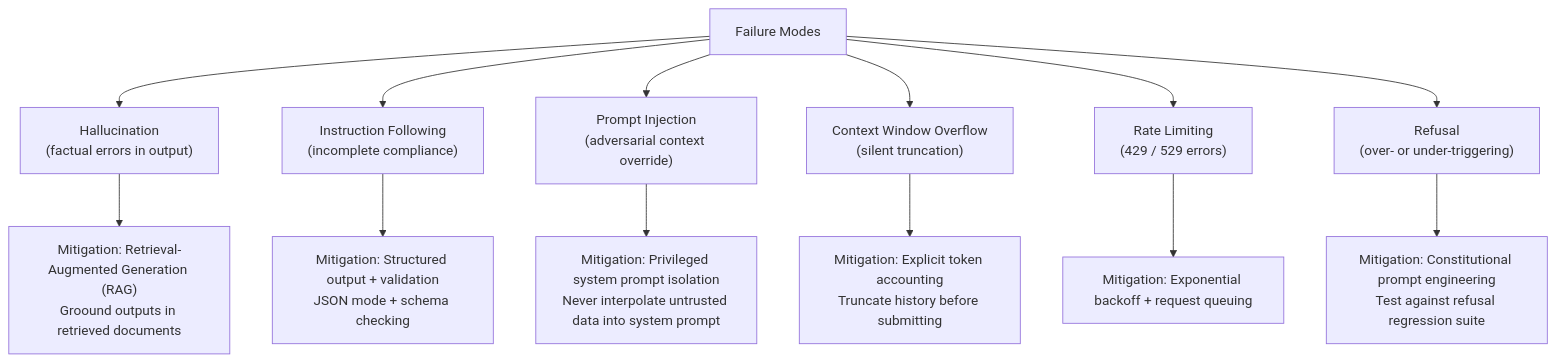
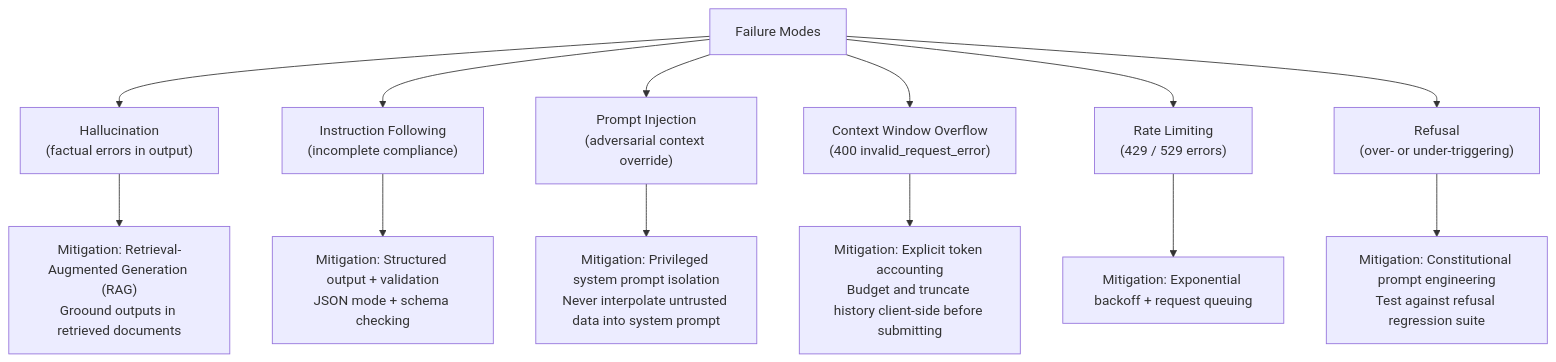
Before and after one commit to blebleblee/synapse: the fifth of 5 diagrams in topics/computing/ai/claude_and_anthropic_apis/lesson_01_ai_claude_overview.md, drawn with Mermaid. The commit also changed other lines of this file and 187 other files, not shown here.

````diff
--- a/topics/computing/ai/claude_and_anthropic_apis/lesson_01_ai_claude_overview.md
+++ b/topics/computing/ai/claude_and_anthropic_apis/lesson_01_ai_claude_overview.md
@@ -612,17 +612,17 @@
 ```mermaid
 graph TD
     FM["Failure Modes"]
     FM --> HF["Hallucination\n(factual errors in output)"]
     FM --> IC["Instruction Following\n(incomplete compliance)"]
     FM --> PR["Prompt Injection\n(adversarial context override)"]
-    FM --> CW["Context Window Overflow\n(silent truncation)"]
+    FM --> CW["Context Window Overflow\n(400 invalid_request_error)"]
     FM --> RL["Rate Limiting\n(429 / 529 errors)"]
     FM --> RF["Refusal\n(over- or under-triggering)"]
 
     HF --> H1["Mitigation: Retrieval-Augmented Generation (RAG)\nGroound outputs in retrieved documents"]
     IC --> I1["Mitigation: Structured output + validation\nJSON mode + schema checking"]
     PR --> P1["Mitigation: Privileged system prompt isolation\nNever interpolate untrusted data into system prompt"]
-    CW --> C1["Mitigation: Explicit token accounting\nTruncate history before submitting"]
+    CW --> C1["Mitigation: Explicit token accounting\nBudget and truncate history client-side before submitting"]
     RL --> R1["Mitigation: Exponential backoff + request queuing"]
     RF --> R2["Mitigation: Constitutional prompt engineering\nTest against refusal regression suite"]
 ```
````
